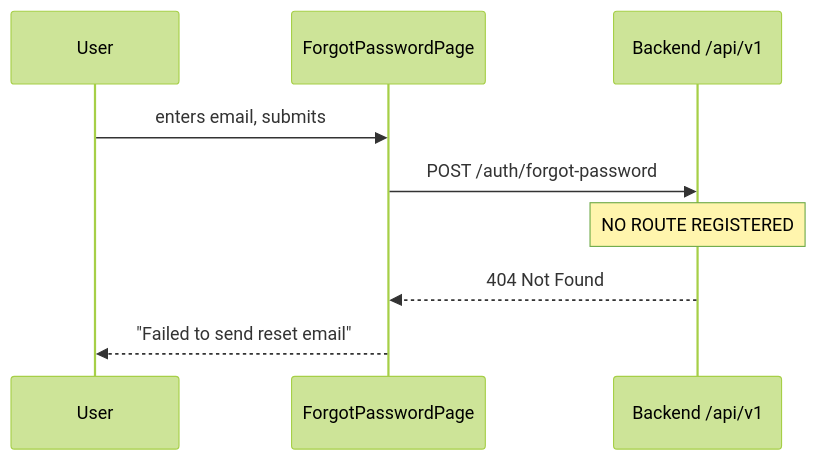
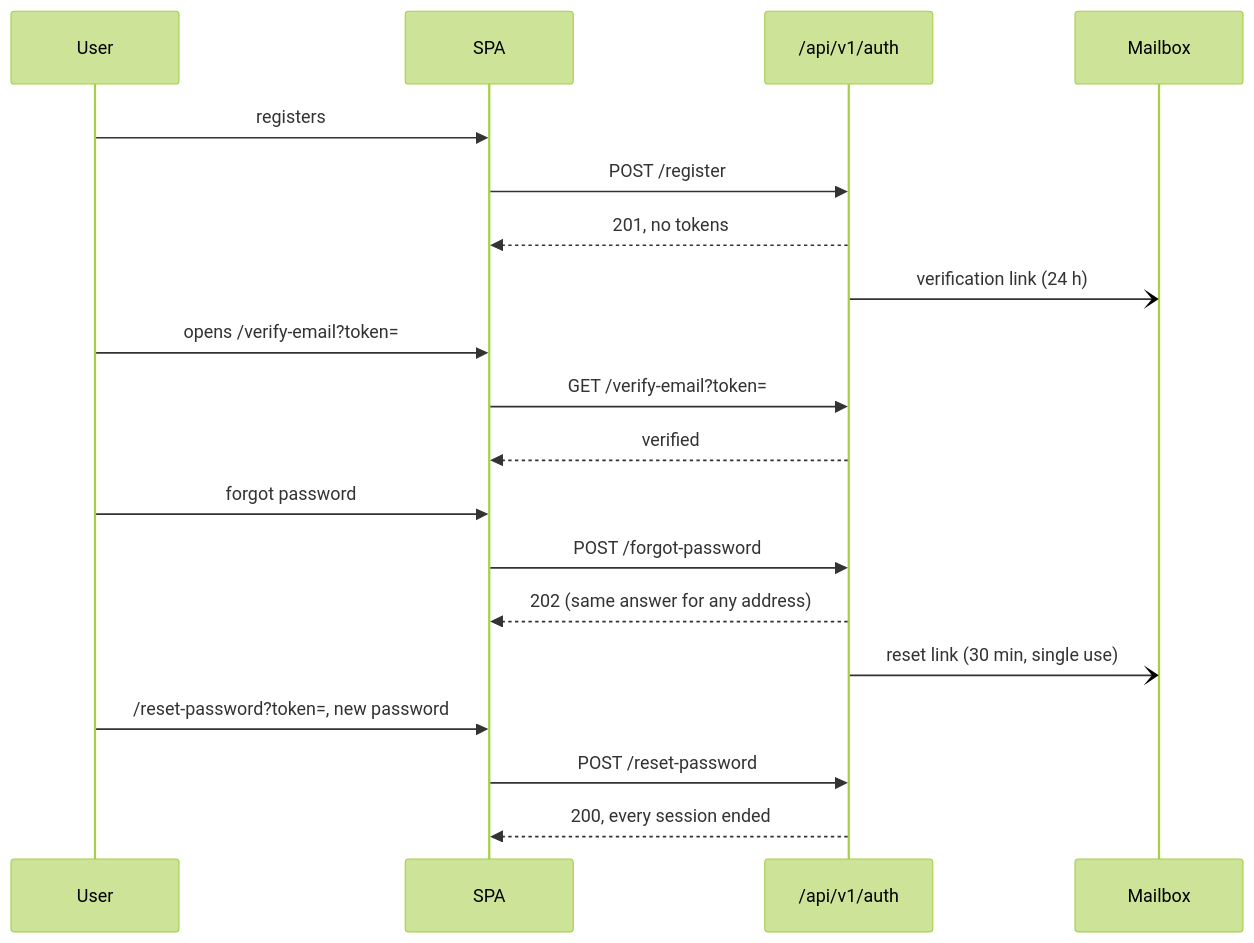
One commit to gondolerahul/hire-buddha-app changed the fourth of 20 diagrams in docs/current/04-auth-rbac-tenancy.md. Above: the diagram before and after it, drawn with Mermaid (forest theme). The commit also changed other lines of this file and 26 other files, not shown here.

````diff
--- a/docs/current/04-auth-rbac-tenancy.md
+++ b/docs/current/04-auth-rbac-tenancy.md
@@ -196,12 +198,22 @@
 ```mermaid
 sequenceDiagram
     participant U as User
-    participant FE as ForgotPasswordPage
-    participant API as Backend /api/v1
+    participant FE as SPA
+    participant API as /api/v1/auth
+    participant M as Mailbox
 
-    U->>FE: enters email, submits
-    FE->>API: POST /auth/forgot-password
-    Note over API: NO ROUTE REGISTERED
-    API-->>FE: 404 Not Found
-    FE-->>U: "Failed to send reset email"
+    U->>FE: registers
+    FE->>API: POST /register
+    API-->>FE: 201, no tokens
+    API-)M: verification link (24 h)
+    U->>FE: opens /verify-email?token=
+    FE->>API: GET /verify-email?token=
+    API-->>FE: verified
+    U->>FE: forgot password
+    FE->>API: POST /forgot-password
+    API-->>FE: 202 (same answer for any address)
+    API-)M: reset link (30 min, single use)
+    U->>FE: /reset-password?token=, new password
+    FE->>API: POST /reset-password
+    API-->>FE: 200, every session ended
 ```
````
